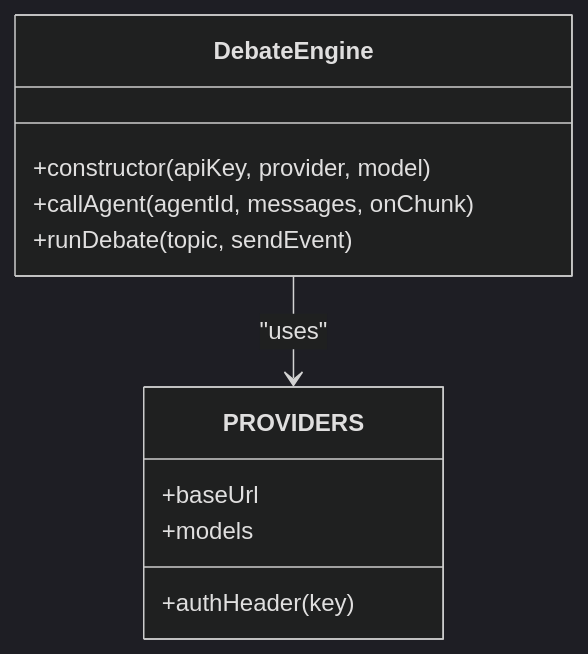
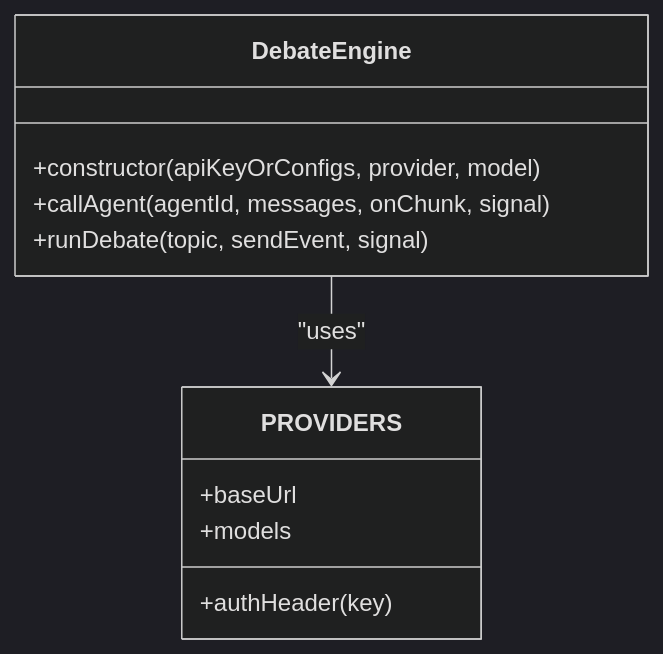
One commit to RunTimeAdmin/tri-ai changed the seventh of 8 diagrams in .qoder/repowiki/en/content/System Architecture/Security Architecture.md. Above: the diagram before and after it, drawn with Mermaid (dark theme). The commit also changed other lines of this file and 40 other files, not shown here.

````diff
--- a/.qoder/repowiki/en/content/System Architecture/Security Architecture.md
+++ b/.qoder/repowiki/en/content/System Architecture/Security Architecture.md
@@ -286,14 +358,14 @@
 ```mermaid
 classDiagram
 class DebateEngine {
-+constructor(apiKey, provider, model)
-+callAgent(agentId, messages, onChunk)
-+runDebate(topic, sendEvent)
++constructor(apiKeyOrConfigs, provider, model)
++callAgent(agentId, messages, onChunk, signal)
++runDebate(topic, sendEvent, signal)
 }
 class PROVIDERS {
 +baseUrl
 +models
 +authHeader(key)
 }
 DebateEngine --> PROVIDERS : "uses"
 ```
````
